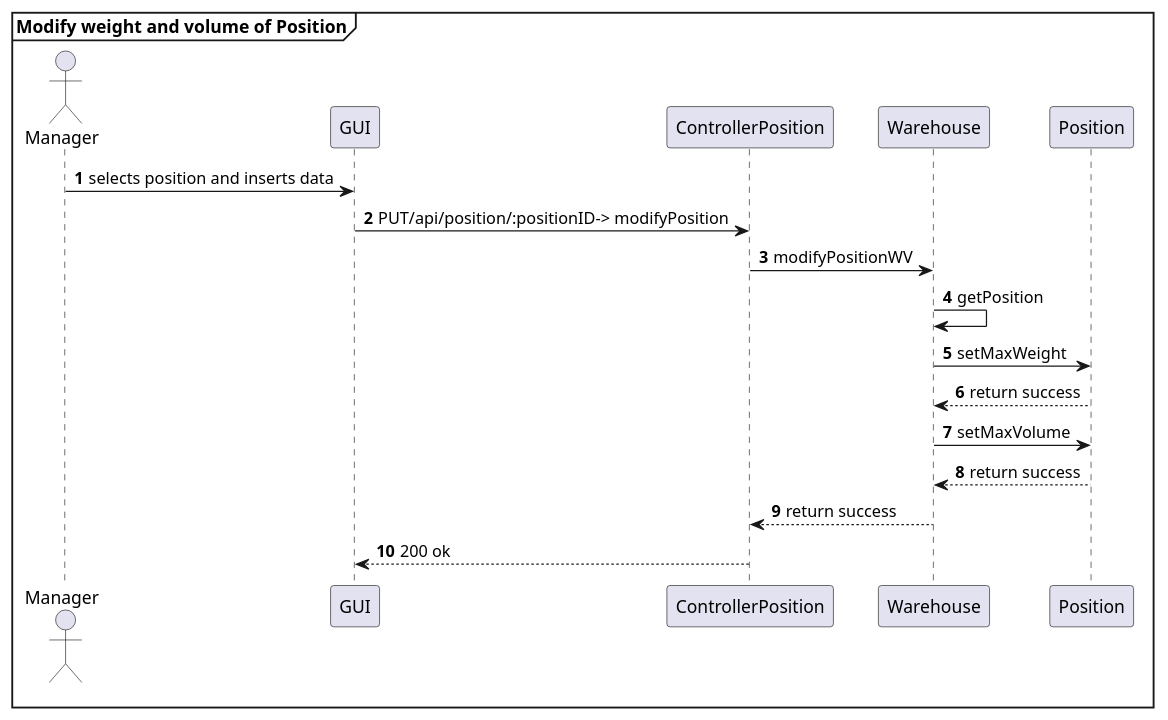
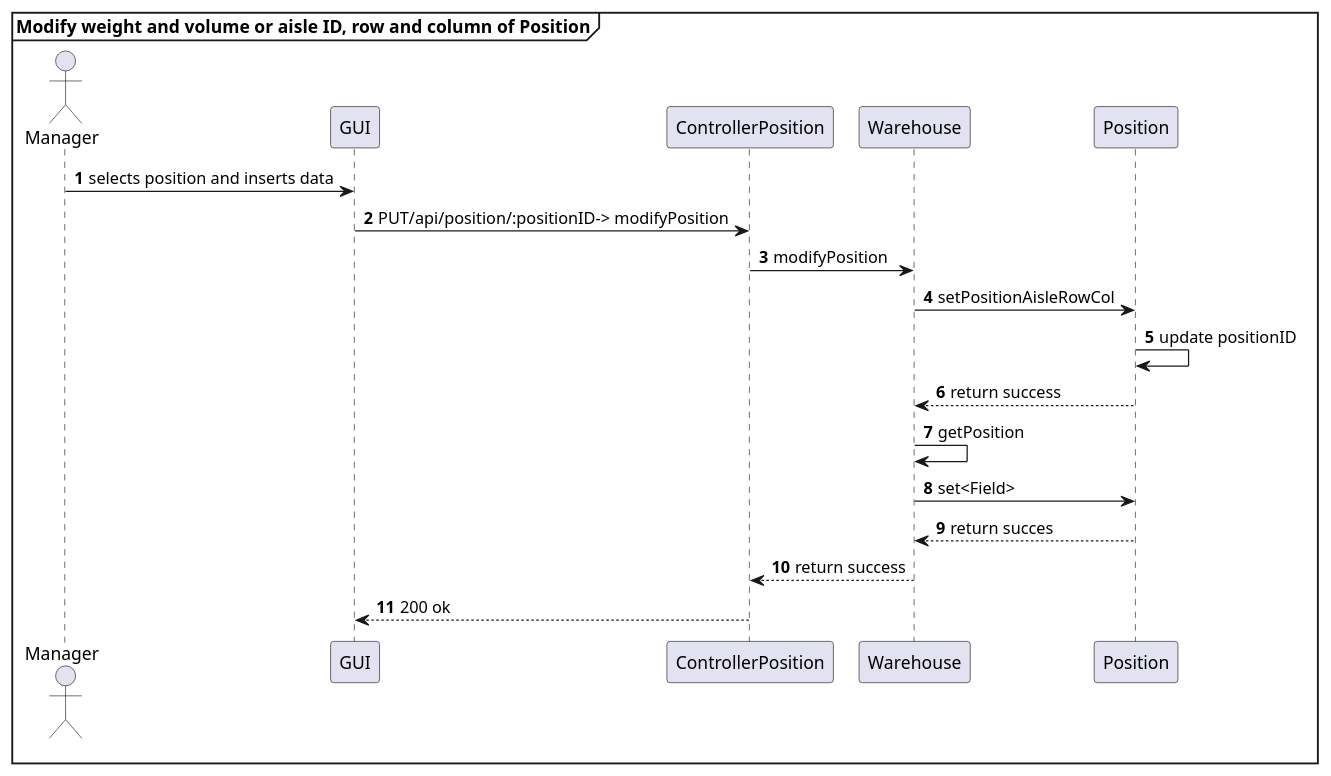
One commit to AlexZampa/EzWh changed the eighth of 31 diagrams in DesignDocument.md. Above: the diagram before and after it, drawn with PlantUML. The commit also changed other lines of this file, not shown here.

````diff
--- a/DesignDocument.md
+++ b/DesignDocument.md
@@ -653,22 +653,23 @@
 ```plantuml
-mainframe **Modify weight and volume of Position**
+mainframe **Modify weight and volume or aisle ID, row and column of Position**
 actor Manager
 participant GUI
 participant ControllerPosition
 participant Warehouse
 participant Position
 
 autonumber
 Manager -> GUI : selects position and inserts data
 GUI -> ControllerPosition : PUT/api/position/:positionID-> modifyPosition
-ControllerPosition -> Warehouse : modifyPositionWV
+ControllerPosition -> Warehouse : modifyPosition
+Warehouse -> Position : setPositionAisleRowCol
+Position -> Position : update positionID
+Warehouse <-- Position : return success
 Warehouse -> Warehouse : getPosition
-Warehouse -> Position : setMaxWeight
-Warehouse <-- Position : return success
-Warehouse -> Position : setMaxVolume
-Warehouse <-- Position : return success
+Warehouse -> Position : set<Field>
+Warehouse <-- Position : return succes
 ControllerPosition <-- Warehouse : return success
 GUI <-- ControllerPosition : 200 ok
 
 @enduml
 ```
````
